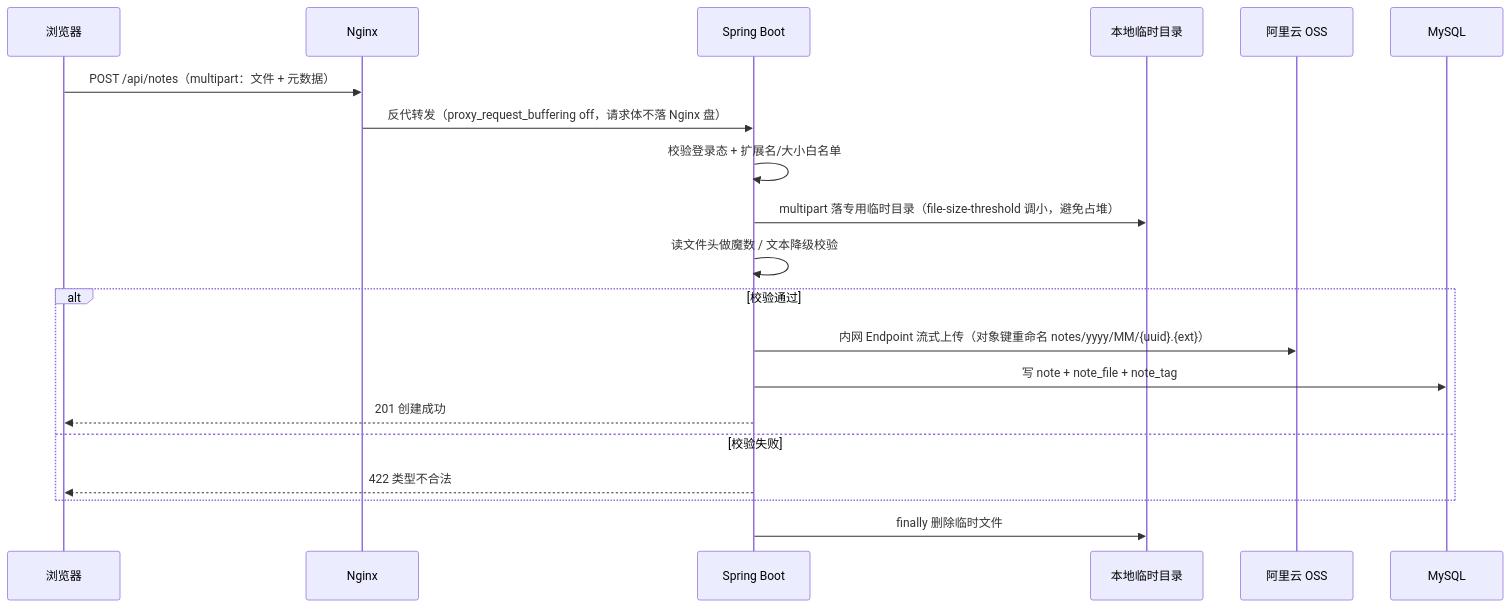
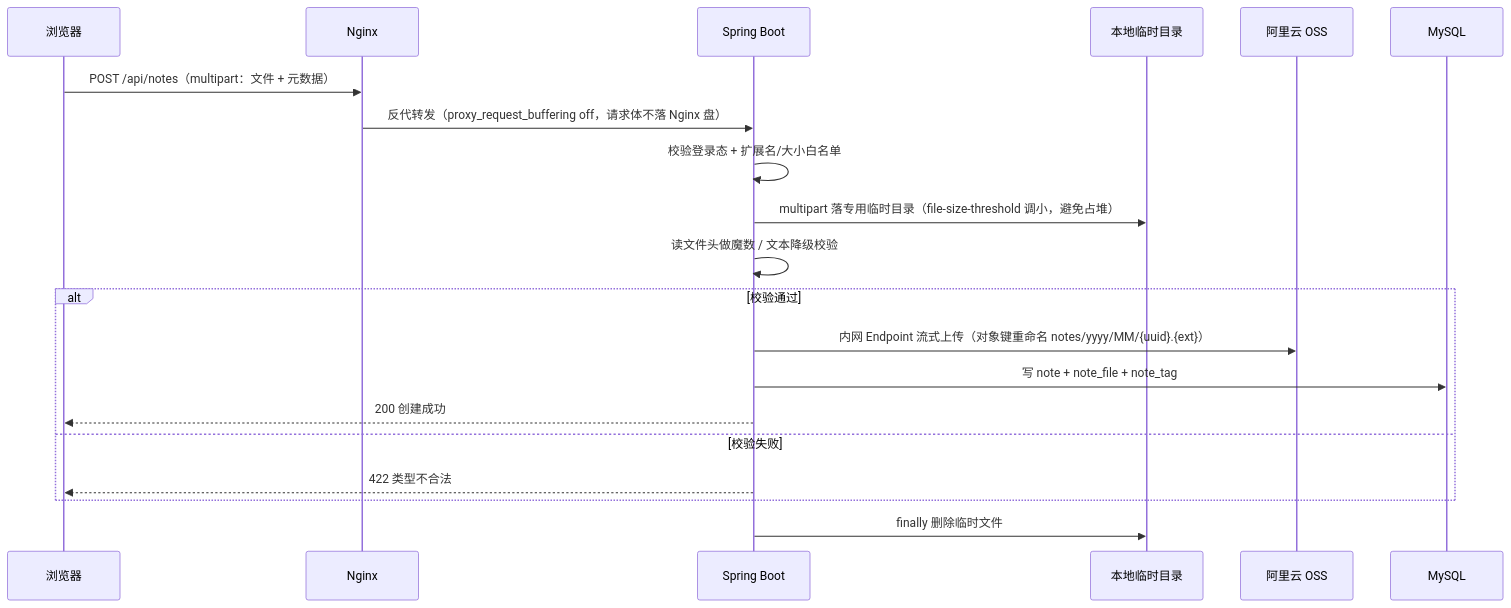
Before and after one commit to ShiwarHoufu/jotang-note: the fourth of 6 diagrams in docs/概要设计.md, drawn with Mermaid. The commit also changed other lines of this file and 22 other files, not shown here.

````diff
--- a/docs/概要设计.md
+++ b/docs/概要设计.md
@@ -368,22 +368,22 @@
 ```mermaid
 sequenceDiagram
   participant U as 浏览器
   participant NG as Nginx
   participant A as Spring Boot
   participant T as 本地临时目录
   participant O as 阿里云 OSS
   participant DB as MySQL
   U->>NG: POST /api/notes（multipart：文件 + 元数据）
   NG->>A: 反代转发（proxy_request_buffering off，请求体不落 Nginx 盘）
   A->>A: 校验登录态 + 扩展名/大小白名单
   A->>T: multipart 落专用临时目录（file-size-threshold 调小，避免占堆）
   A->>A: 读文件头做魔数 / 文本降级校验
   alt 校验通过
     A->>O: 内网 Endpoint 流式上传（对象键重命名 notes/yyyy/MM/{uuid}.{ext}）
     A->>DB: 写 note + note_file + note_tag
-    A-->>U: 201 创建成功
+    A-->>U: 200 创建成功
   else 校验失败
     A-->>U: 422 类型不合法
   end
   A->>T: finally 删除临时文件
 ```
````
